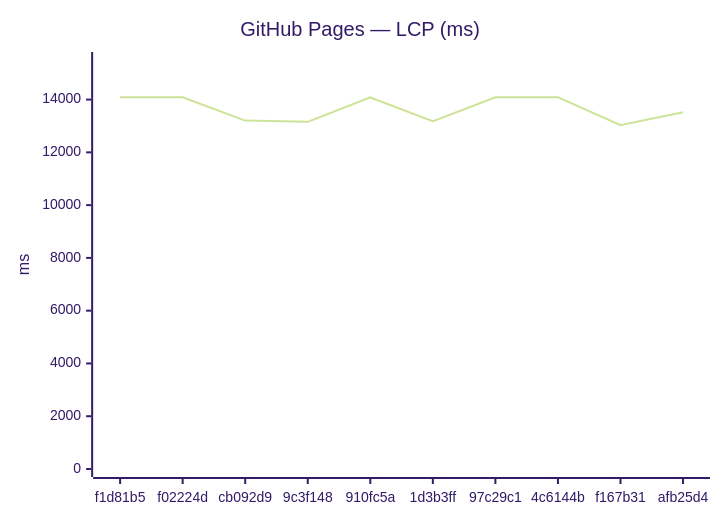
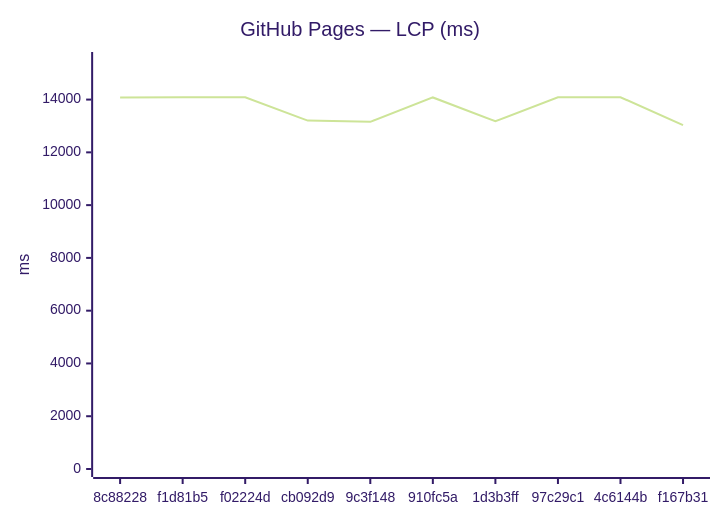
The third of 18 diagrams in benchmarks/compare.md (Metaheurist/Rianell), drawn with Mermaid (forest theme) before and after one commit. The commit also changed other lines of this file and 11 other files, not shown here.

````diff
--- a/benchmarks/compare.md
+++ b/benchmarks/compare.md
@@ -54,7 +54,7 @@
 ```mermaid
 xychart-beta
     title "GitHub Pages — LCP (ms)"
-    x-axis ["f1d81b5", "f02224d", "cb092d9", "9c3f148", "910fc5a", "1d3b3ff", "97c29c1", "4c6144b", "f167b31", "afb25d4"]
+    x-axis ["8c88228", "f1d81b5", "f02224d", "cb092d9", "9c3f148", "910fc5a", "1d3b3ff", "97c29c1", "4c6144b", "f167b31"]
     y-axis "ms" 0 --> 15500
-    line [14090, 14084, 13204, 13156, 14081, 13177, 14085, 14088, 13032, 13521]
+    line [14082, 14090, 14084, 13204, 13156, 14081, 13177, 14085, 14088, 13032]
 ```
````
